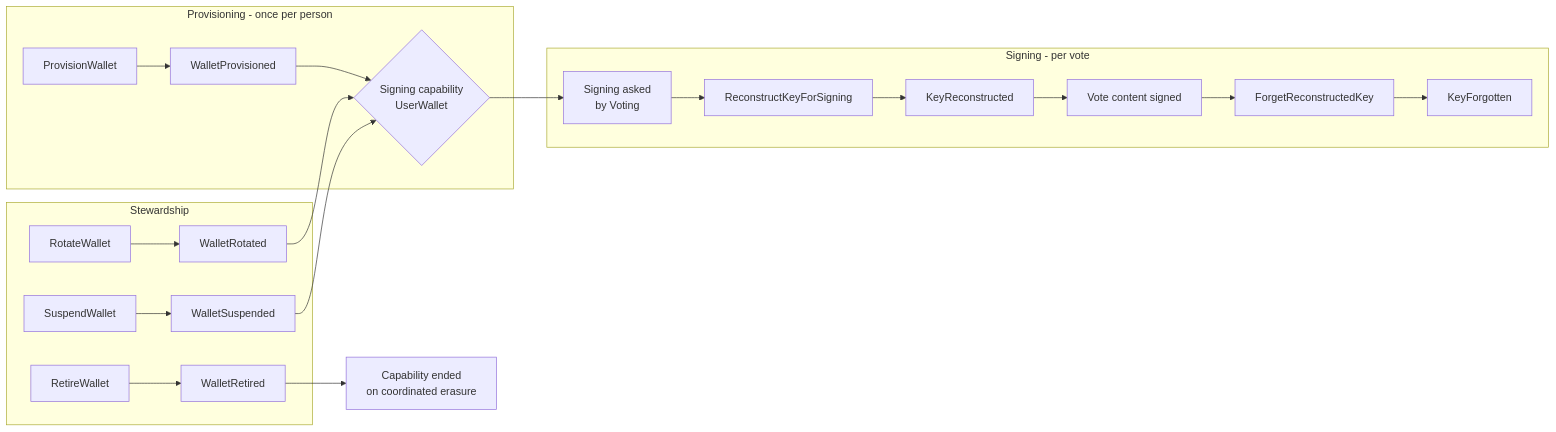
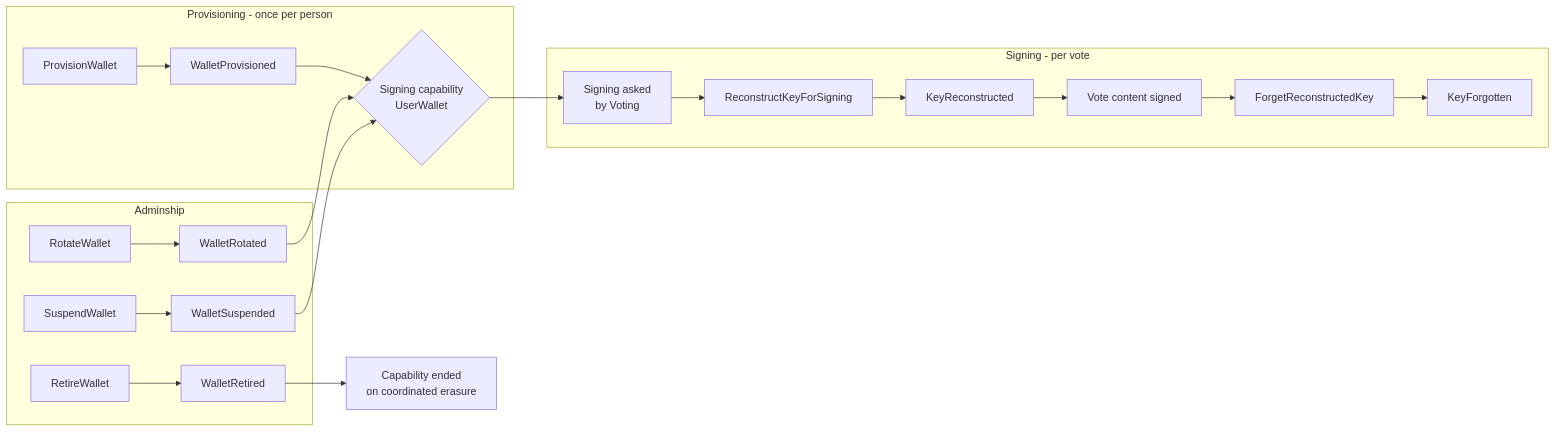
One commit to Morocoders-Arq-9056/votochain-api-backend changed the first of 2 diagrams in docs/Bounded Contexts/cryptographic-wallet-custody/event-storming.md. Above: the diagram before and after it, drawn with Mermaid. The commit also changed other lines of this file and 24 other files, not shown here.

````diff
--- a/docs/Bounded Contexts/cryptographic-wallet-custody/event-storming.md
+++ b/docs/Bounded Contexts/cryptographic-wallet-custody/event-storming.md
@@ -26,26 +26,26 @@
 ```mermaid
 flowchart LR
     subgraph provisioning [Provisioning - once per person]
         PW[ProvisionWallet] --> WP[WalletProvisioned]
         WP --> CAP{Signing capability<br/>UserWallet}
     end
 
     subgraph signing [Signing - per vote]
         NEED[Signing asked<br/>by Voting] --> RK[ReconstructKeyForSigning]
         RK --> KR[KeyReconstructed]
         KR --> SIGN[Vote content signed]
         SIGN --> FK[ForgetReconstructedKey]
         FK --> KF[KeyForgotten]
     end
 
-    subgraph stewardship [Stewardship]
+    subgraph adminship [Adminship]
         ROT[RotateWallet] --> WRT[WalletRotated]
         SUS[SuspendWallet] --> WS[WalletSuspended]
         RET[RetireWallet] --> WR[WalletRetired]
     end
 
     CAP --> NEED
     WRT --> CAP
     WS --> CAP
     WR --> GONE[Capability ended<br/>on coordinated erasure]
 ```
````
